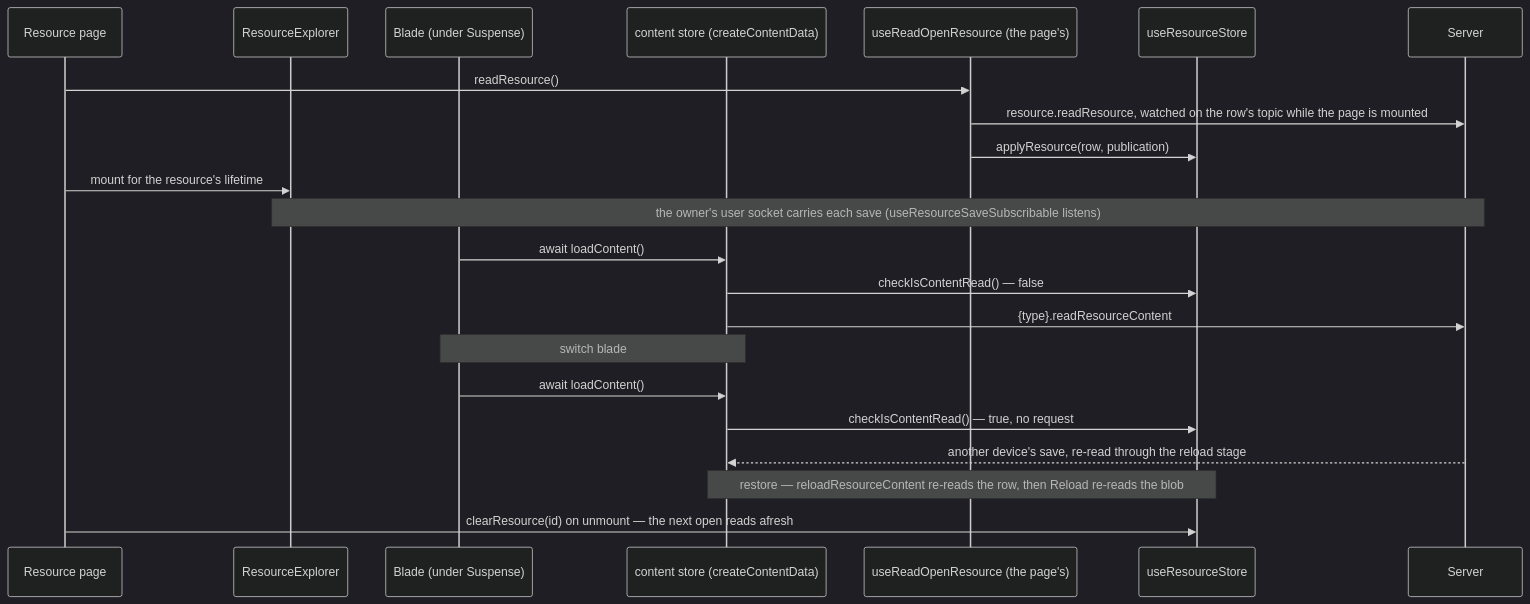
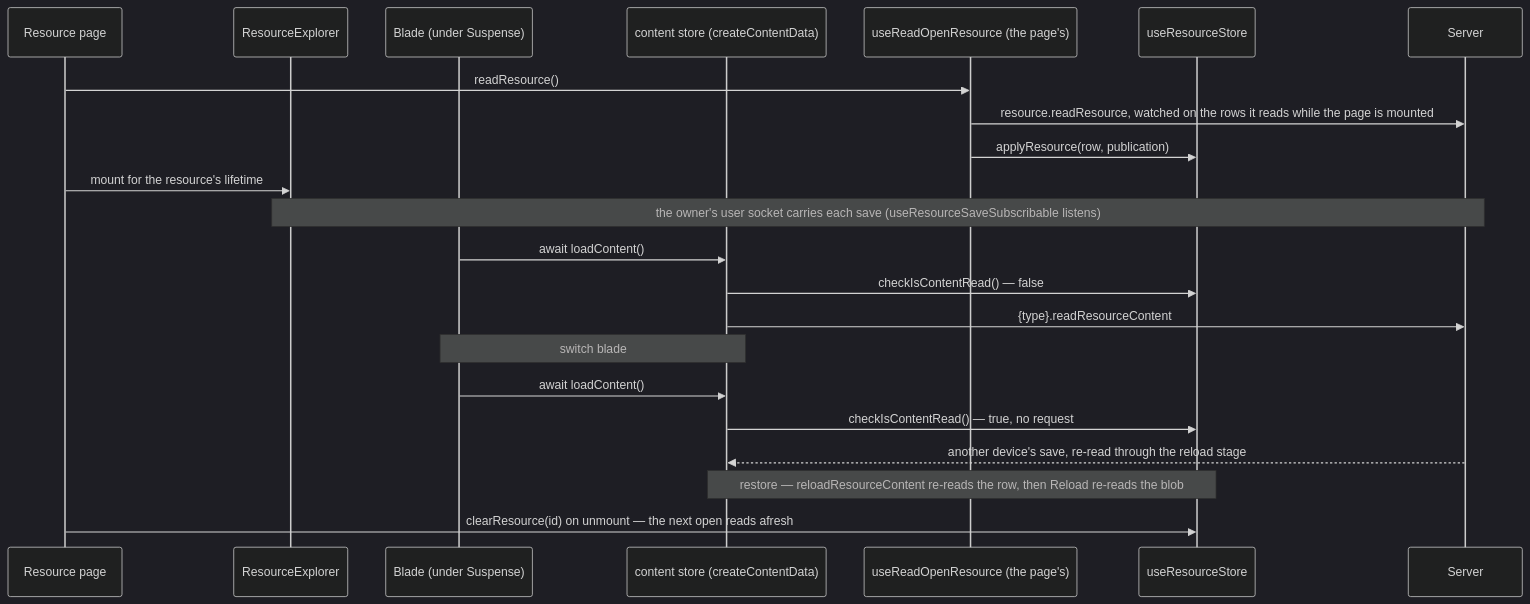
The third of 3 diagrams in openspec/specs/architecture/resource/design.md (Esposter/Esposter), drawn with Mermaid (dark theme) before and after one commit. The commit also changed other lines of this file and 15 other files, not shown here.

First line of the commit message:
docs(openspec): the feature pages name the rows their reads watch, not a kind topic a procedure declares

````diff
--- a/openspec/specs/architecture/resource/design.md
+++ b/openspec/specs/architecture/resource/design.md
@@ -181,25 +181,25 @@
 ```mermaid
 sequenceDiagram
   participant Page as Resource page
   participant Shell as ResourceExplorer
   participant Blade as Blade (under Suspense)
   participant Content as content store (createContentData)
   participant Read as useReadOpenResource (the page's)
   participant Resource as useResourceStore
   participant Server
 
   Page->>Read: readResource()
-  Read->>Server: resource.readResource, watched on the row's topic while the page is mounted
+  Read->>Server: resource.readResource, watched on the rows it reads while the page is mounted
   Read->>Resource: applyResource(row, publication)
   Page->>Shell: mount for the resource's lifetime
   Note over Shell,Server: the owner's user socket carries each save (useResourceSaveSubscribable listens)
   Blade->>Content: await loadContent()
   Content->>Resource: checkIsContentRead() — false
   Content->>Server: {type}.readResourceContent
   Note over Blade,Content: switch blade
   Blade->>Content: await loadContent()
   Content->>Resource: checkIsContentRead() — true, no request
   Server-->>Content: another device's save, re-read through the reload stage
   Note over Resource,Content: restore — reloadResourceContent re-reads the row, then Reload re-reads the blob
   Page->>Resource: clearResource(id) on unmount — the next open reads afresh
 ```
````
